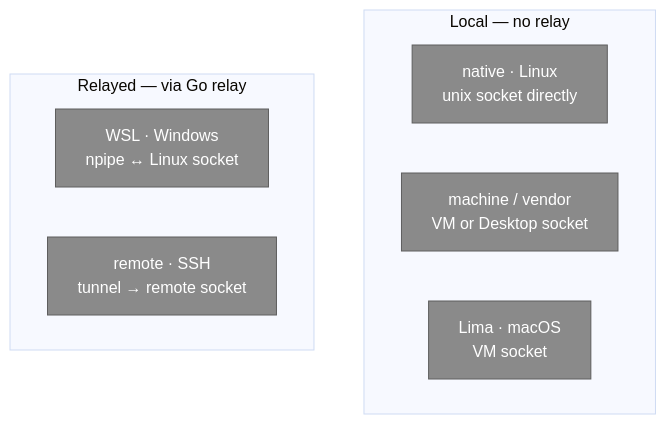
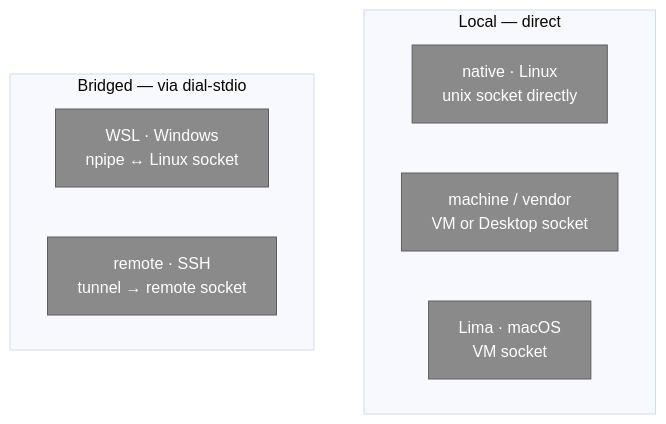
One commit to iongion/container-desktop changed the second of 2 diagrams in docs/architecture/engine-matrix.md. Above: the diagram before and after it, drawn with Mermaid (base theme). The commit also changed other lines of this file and 11 other files, not shown here.

````diff
--- a/docs/architecture/engine-matrix.md
+++ b/docs/architecture/engine-matrix.md
@@ -89,14 +89,14 @@
 ```mermaid
 flowchart TB
-  subgraph local[Local — no relay]
+  subgraph local[Local — direct]
     n1["native · Linux<br/>unix socket directly"]:::external
     n2["machine / vendor<br/>VM or Desktop socket"]:::external
     n3["Lima · macOS<br/>VM socket"]:::external
   end
-  subgraph relayed[Relayed — via Go relay]
+  subgraph relayed[Bridged — via dial-stdio]
     r1["WSL · Windows<br/>npipe ↔ Linux socket"]:::external
     r2["remote · SSH<br/>tunnel → remote socket"]:::external
   end
 
   classDef external fill:#8a8a8a,color:#fff,stroke:#5e5e5e;
 ```
````
